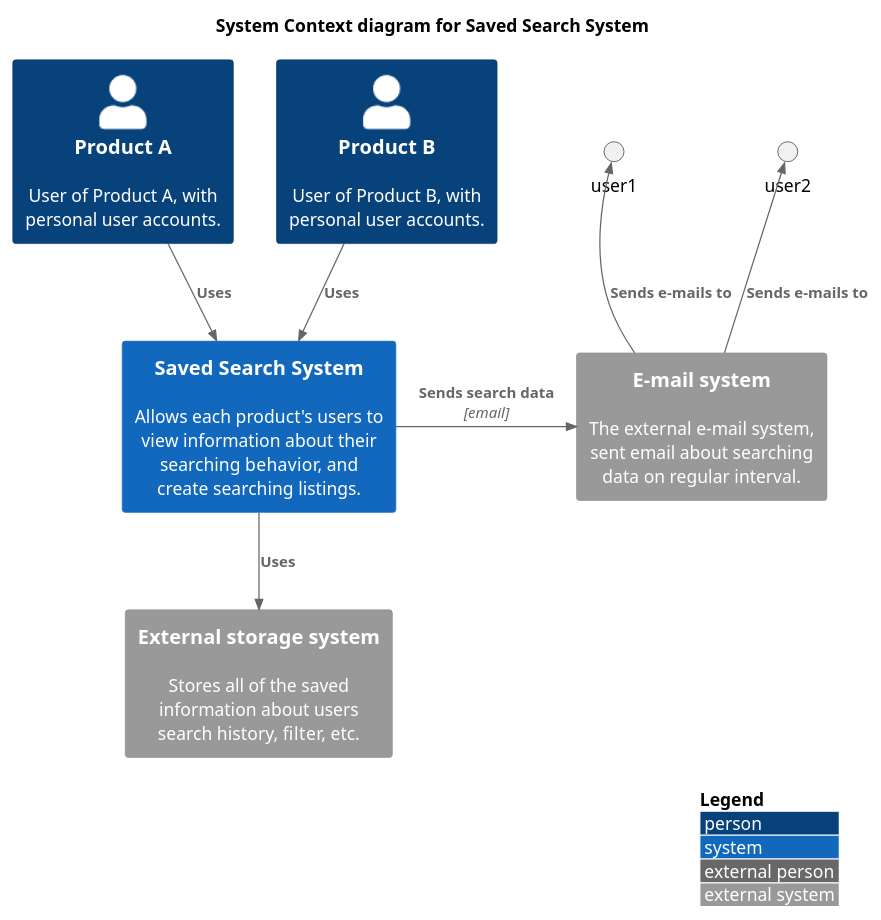
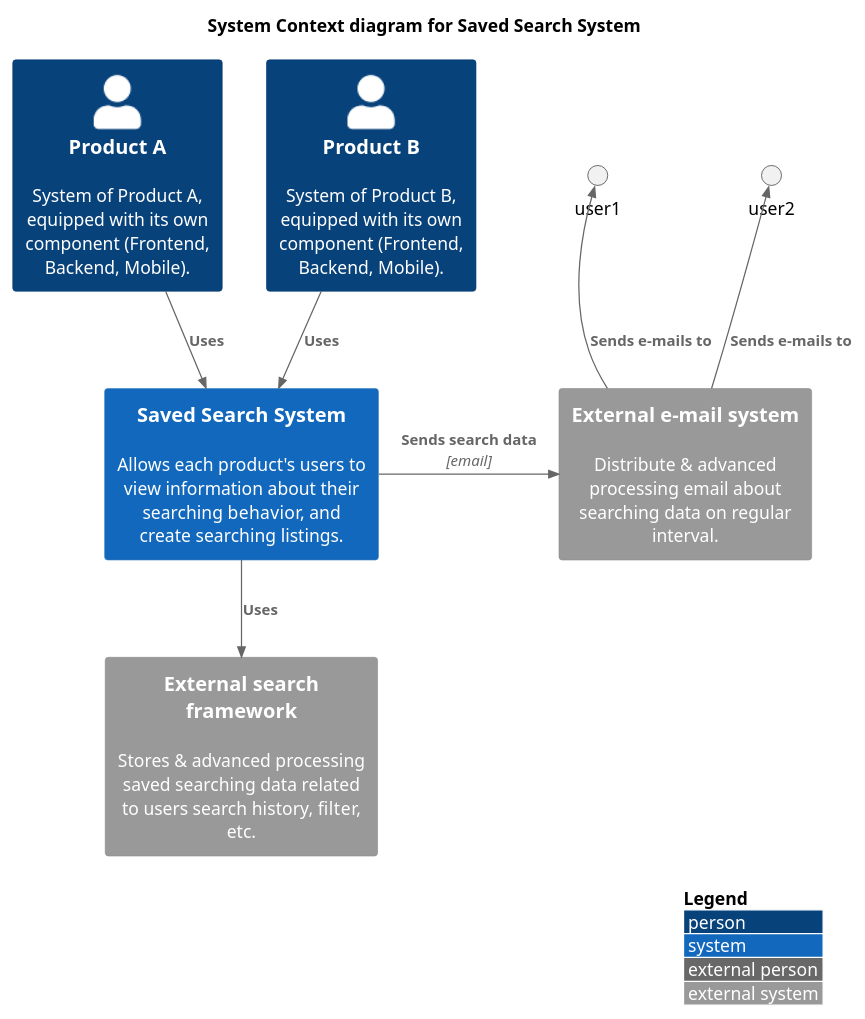
The diagram in figures/system-contextv2.puml (djiwandou/scaleup), drawn with PlantUML before and after one commit. The commit also changed 3 other files, not shown here.

Commit message:
Doc: Modif on system-contextfollowing the roadmap

```diff
--- a/figures/system-contextv2.puml
+++ b/figures/system-contextv2.puml
@@ -1,23 +1,23 @@
 @startuml
 '!include https://raw.githubusercontent.com/plantuml-stdlib/C4-PlantUML/master/C4_Context.puml
 ' uncomment the following line and comment the first to use locally
  !include C4_Context.puml
 
 LAYOUT_WITH_LEGEND()
 
 title System Context diagram for Saved Search System
 
-Person(product1, "Product A", "User of Product A, with personal user accounts.")
-Person(product2, "Product B", "User of Product B, with personal user accounts.")
+Person(product1, "Product A", "System of Product A, equipped with its own component (Frontend, Backend, Mobile).")
+Person(product2, "Product B", "System of Product B, equipped with its own component (Frontend, Backend, Mobile).")
 System(saved_search_system, "Saved Search System", "Allows each product's users to view information about their searching behavior, and create searching listings.")
 
-System_Ext(mail_system, "E-mail system", "The external e-mail system, sent email about searching data on regular interval.")
-System_Ext(framework, "External storage system", "Stores all of the saved information about users search history, filter, etc.")
+System_Ext(mail_system, "External e-mail system", "Distribute & advanced processing email about searching data on regular interval.")
+System_Ext(framework, "External search framework", "Stores & advanced processing saved searching data related to users search history, filter, etc.")
 
 Rel(product1, saved_search_system, "Uses")
 Rel(product2, saved_search_system, "Uses")
-Rel_Back(user1, mail_system, "Sends e-mails to")
+Rel_Back(user1, mail_system, "Sends e-mails to") 
 Rel_Back(user2, mail_system, "Sends e-mails to")
 Rel_Neighbor(saved_search_system, mail_system, "Sends search data", "email")
 Rel(saved_search_system, framework, "Uses")
 @enduml
```
